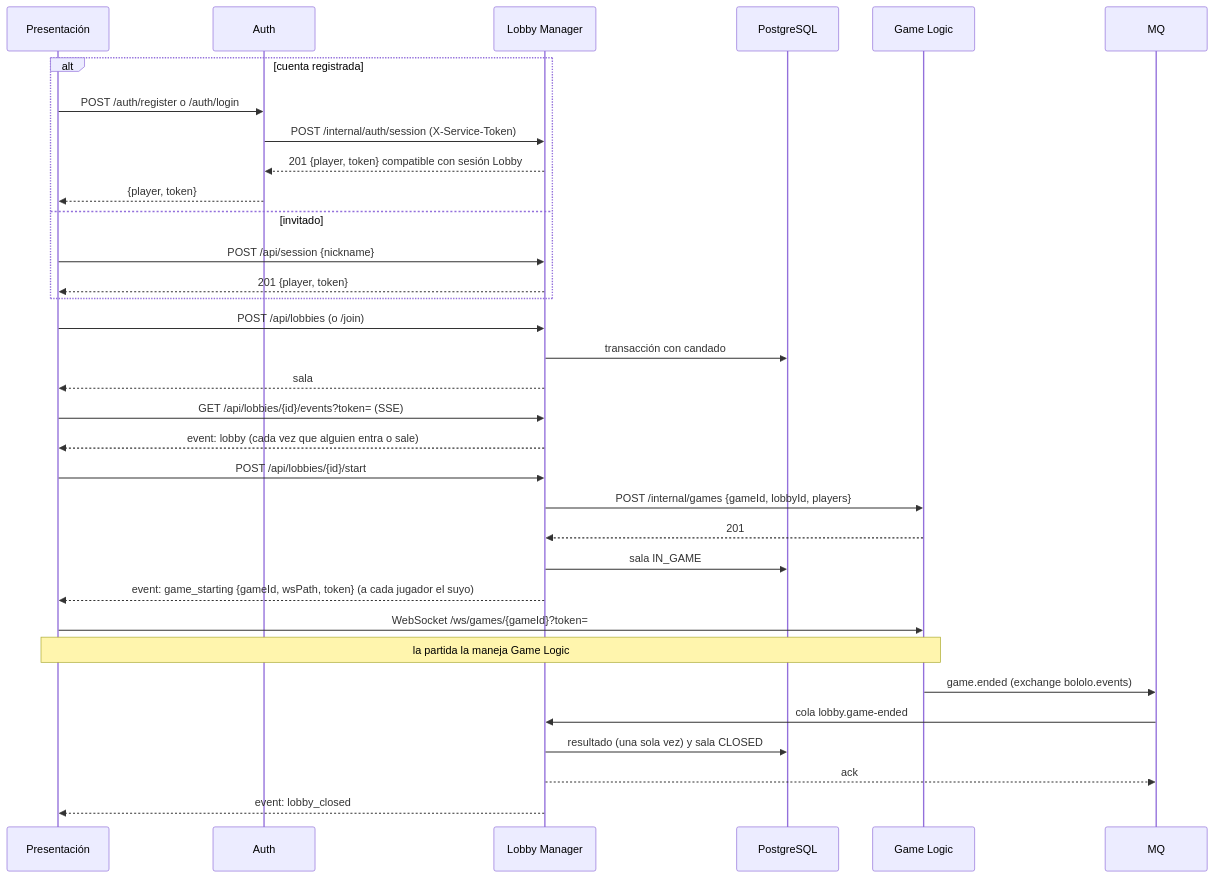
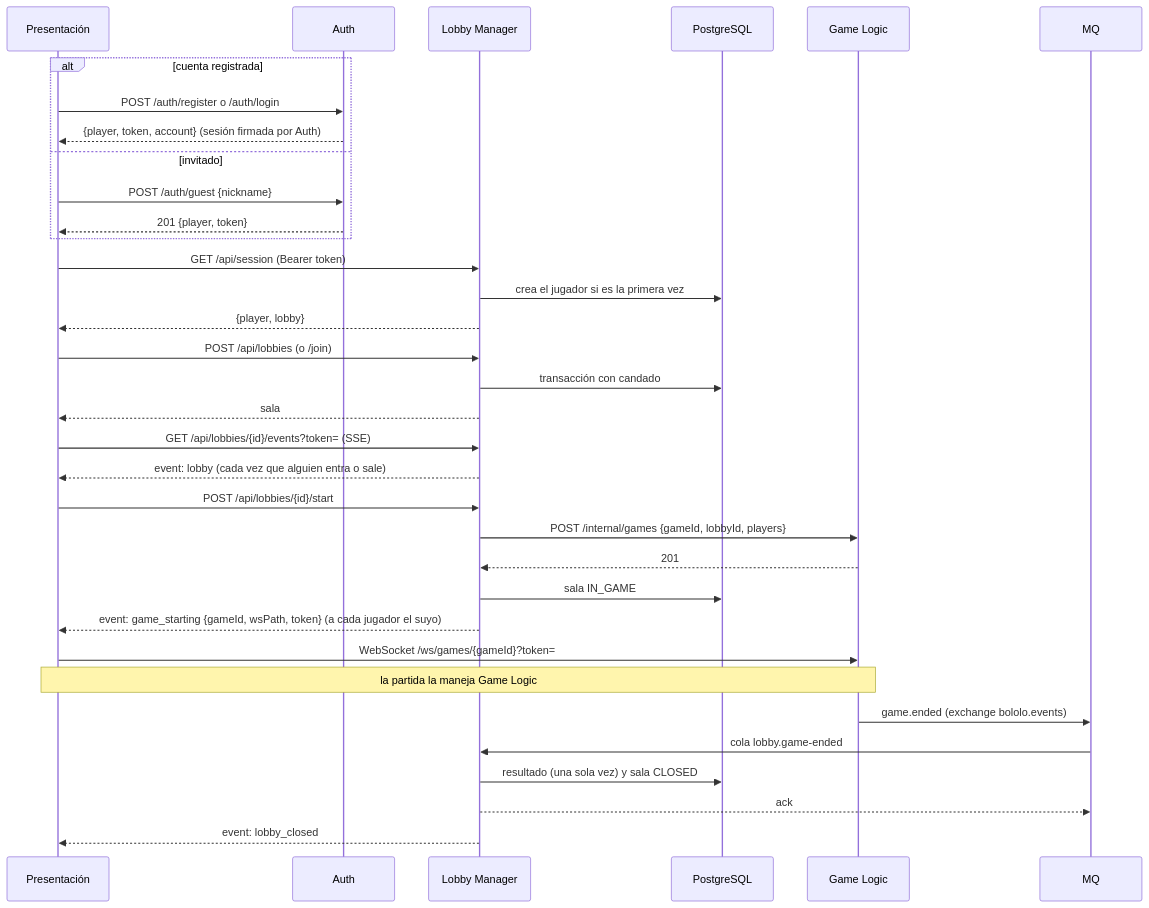
One commit to soetgdeznsgk/ArchSoft-Group1F changed the diagram in docs/lobby-manager.md. Above: the diagram before and after it, drawn with Mermaid. The commit also changed other lines of this file and 67 other files, not shown here.

Commit message:
Aplicar decisiones de diseño 4–6: auth emite sesiones, RS256 por emisor y topología del broker

````diff
--- a/docs/lobby-manager.md
+++ b/docs/lobby-manager.md
@@ -25,35 +25,36 @@
 ```mermaid
 sequenceDiagram
     participant P as Presentación
     participant A as Auth
     participant LM as Lobby Manager
     participant PG as PostgreSQL
     participant GO as Game Logic
 
     alt cuenta registrada
         P->>A: POST /auth/register o /auth/login
-        A->>LM: POST /internal/auth/session (X-Service-Token)
-        LM-->>A: 201 {player, token} compatible con sesión Lobby
-        A-->>P: {player, token}
+        A-->>P: {player, token, account} (sesión firmada por Auth)
     else invitado
-        P->>LM: POST /api/session {nickname}
-        LM-->>P: 201 {player, token}
+        P->>A: POST /auth/guest {nickname}
+        A-->>P: 201 {player, token}
     end
+    P->>LM: GET /api/session (Bearer token)
+    LM->>PG: crea el jugador si es la primera vez
+    LM-->>P: {player, lobby}
     P->>LM: POST /api/lobbies (o /join)
     LM->>PG: transacción con candado
     LM-->>P: sala
     P->>LM: GET /api/lobbies/{id}/events?token= (SSE)
     LM-->>P: event: lobby (cada vez que alguien entra o sale)
     P->>LM: POST /api/lobbies/{id}/start
     LM->>GO: POST /internal/games {gameId, lobbyId, players}
     GO-->>LM: 201
     LM->>PG: sala IN_GAME
     LM-->>P: event: game_starting {gameId, wsPath, token} (a cada jugador el suyo)
     P->>GO: WebSocket /ws/games/{gameId}?token=
     Note over P,GO: la partida la maneja Game Logic
     GO->>MQ: game.ended (exchange bololo.events)
     MQ->>LM: cola lobby.game-ended
     LM->>PG: resultado (una sola vez) y sala CLOSED
     LM-->>MQ: ack
     LM-->>P: event: lobby_closed
 ```
````
